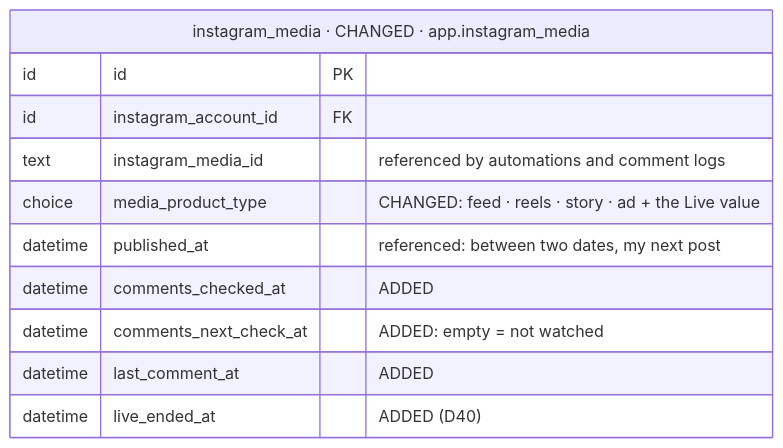
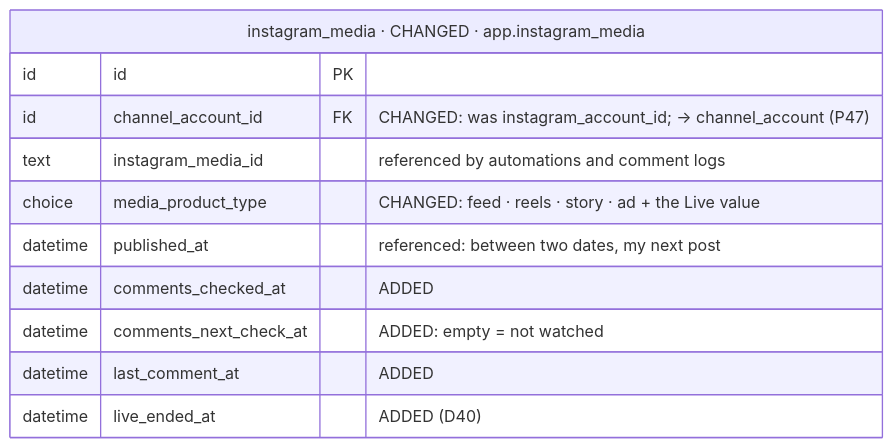
Before and after one commit to albetrios/meepzo-be: the eighth of 40 diagrams in iterations/feat-instagram-dm-sending-2026-11-23-oxak/plans/db-changes.md, drawn with Mermaid. The commit also changed other lines of this file and 3 other files, not shown here.

````diff
--- a/iterations/feat-instagram-dm-sending-2026-11-23-oxak/plans/db-changes.md
+++ b/iterations/feat-instagram-dm-sending-2026-11-23-oxak/plans/db-changes.md
@@ -397,14 +521,14 @@
 ```mermaid
 erDiagram
   instagram_media["instagram_media · CHANGED · app.instagram_media"] {
     id id PK
-    id instagram_account_id FK
+    id channel_account_id FK "CHANGED: was instagram_account_id; → channel_account (P47)"
     text instagram_media_id "referenced by automations and comment logs"
     choice media_product_type "CHANGED: feed · reels · story · ad + the Live value"
     datetime published_at "referenced: between two dates, my next post"
     datetime comments_checked_at "ADDED"
     datetime comments_next_check_at "ADDED: empty = not watched"
     datetime last_comment_at "ADDED"
     datetime live_ended_at "ADDED (D40)"
   }
 ```
````
